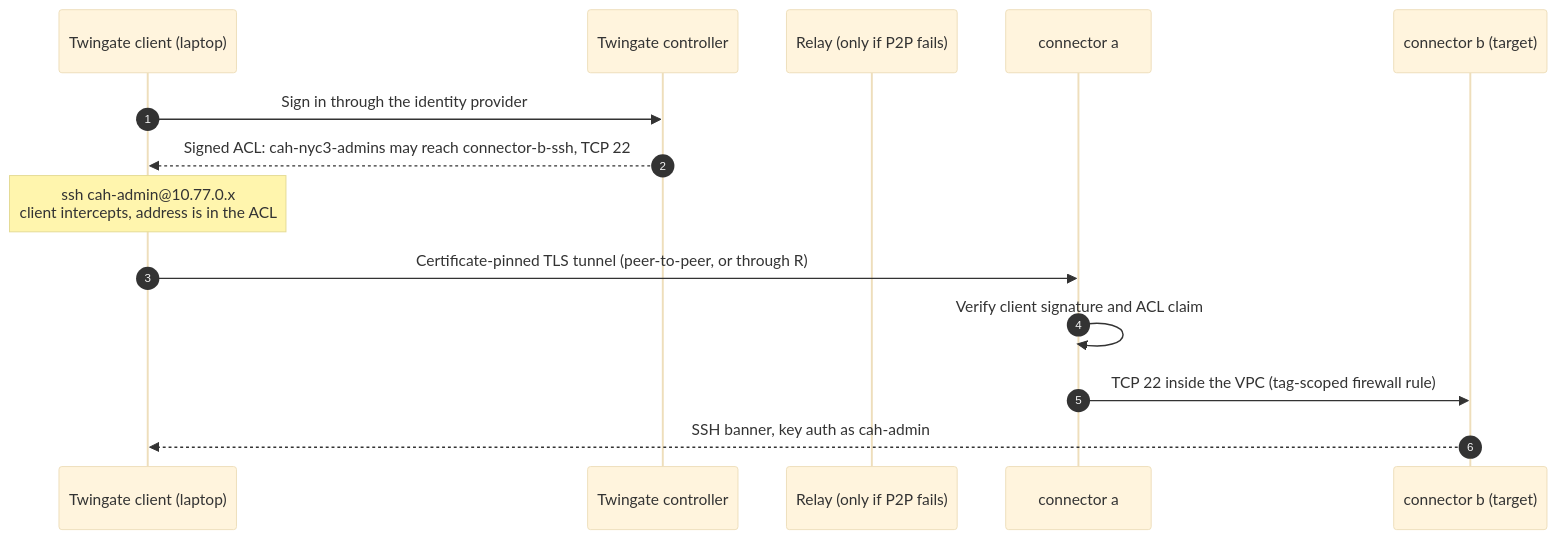
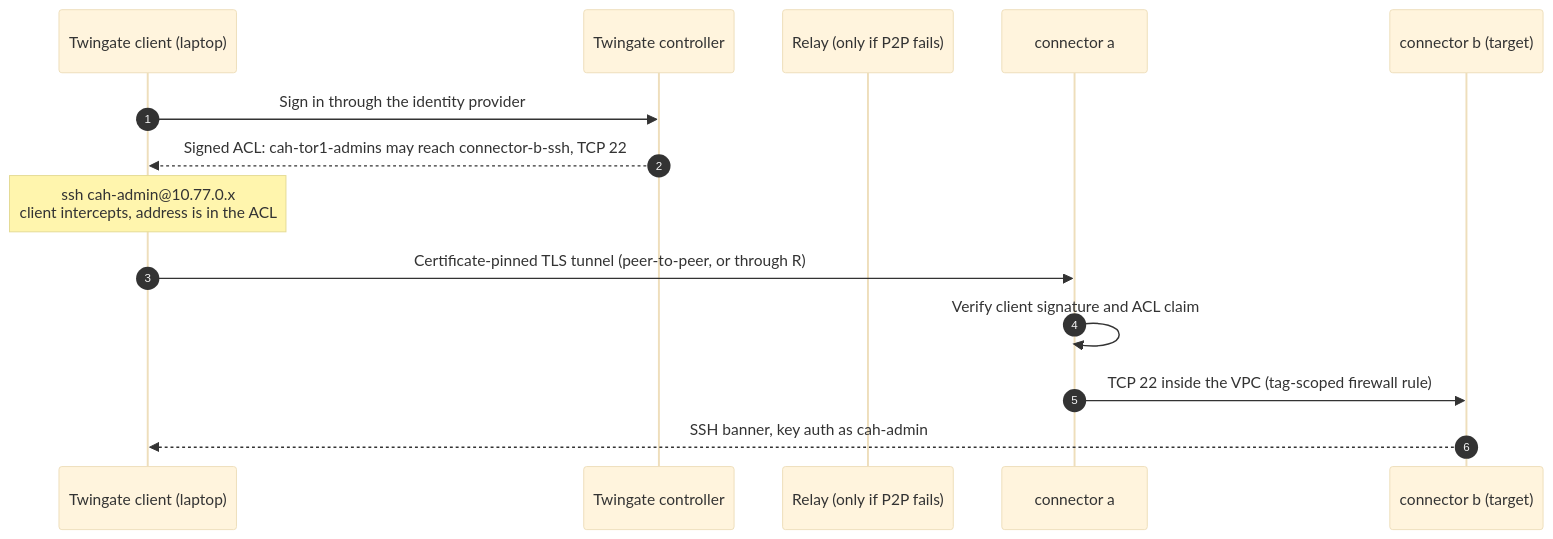
Before and after one commit to ChiefGyk3D/Clouds-Against-Humanity: the third of 4 diagrams in docs/wiki/Architecture-Overview.md, drawn with Mermaid (base theme). The commit also changed other lines of this file and 13 other files, not shown here.

````diff
--- a/docs/wiki/Architecture-Overview.md
+++ b/docs/wiki/Architecture-Overview.md
@@ -105,16 +105,16 @@
 ```mermaid
 sequenceDiagram
     autonumber
     participant C as Twingate client (laptop)
     participant K as Twingate controller
     participant R as Relay (only if P2P fails)
     participant A as connector a
     participant B as connector b (target)
     C->>K: Sign in through the identity provider
-    K-->>C: Signed ACL: cah-nyc3-admins may reach connector-b-ssh, TCP 22
+    K-->>C: Signed ACL: cah-tor1-admins may reach connector-b-ssh, TCP 22
     Note over C: ssh cah-admin@10.77.0.x<br/>client intercepts, address is in the ACL
     C->>A: Certificate-pinned TLS tunnel (peer-to-peer, or through R)
     A->>A: Verify client signature and ACL claim
     A->>B: TCP 22 inside the VPC (tag-scoped firewall rule)
     B-->>C: SSH banner, key auth as cah-admin
 ```
````
